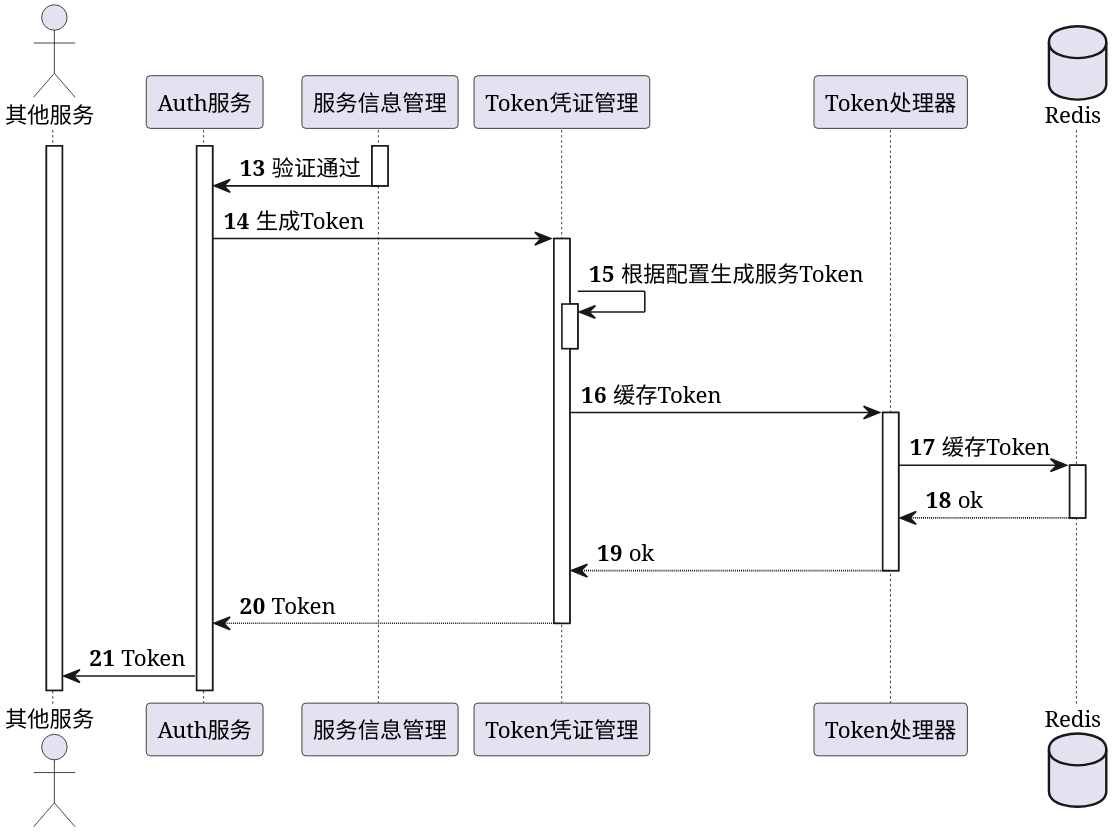
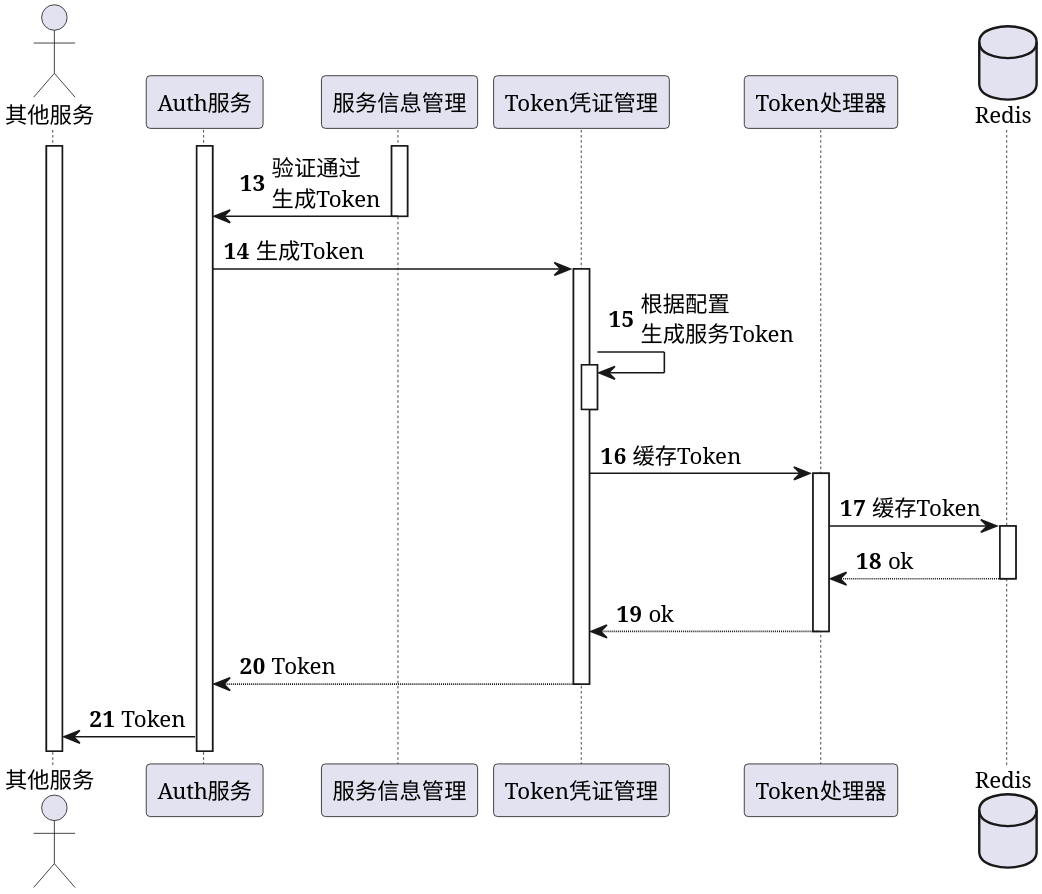
One commit to Etherealss/MessagePusher changed the diagram in uml/auth/token/token生成/时序图-2.puml. Above: the diagram before and after it, drawn with PlantUML. The commit also changed 18 other files, not shown here.

```diff
--- a/uml/auth/token/token生成/时序图-2.puml
+++ b/uml/auth/token/token生成/时序图-2.puml
@@ -1,36 +1,37 @@
 @startuml
 'https://plantuml.com/sequence-diagram
 
 skinparam shadowing false
 skinparam defaultFontName xfonts-wqy
+skinparam defaultFontName times
 skinparam dpi 300
 skinparam activity  {
     DiamondFontSize 14
     ArrowFontSize 14
     FontSize 14
 }
 autonumber 13
 
 actor 其他服务 as Server
 participant Auth服务 as Auth
 participant 服务信息管理 as ServerInfoService
 participant Token凭证管理 as TokenCredentialService
 participant Token处理器 as IToeknHandler
 database Redis as Redis
 
 activate Server
 activate Auth
 activate ServerInfoService
 
-Auth <- ServerInfoService--: 验证通过
+Auth <- ServerInfoService--: 验证通过\n生成Token
 Auth -> TokenCredentialService ++: 生成Token
-TokenCredentialService -> TokenCredentialService ++--: 根据配置生成服务Token
+TokenCredentialService -> TokenCredentialService ++--: 根据配置\n生成服务Token
 TokenCredentialService -> IToeknHandler ++: 缓存Token
 IToeknHandler -> Redis ++: 缓存Token
 return ok
 return ok
 return Token
 
 Server <- Auth: Token
 
 @enduml
```
